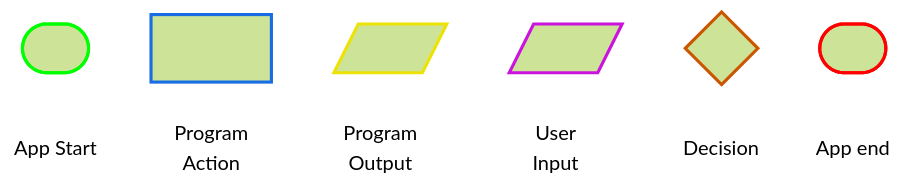
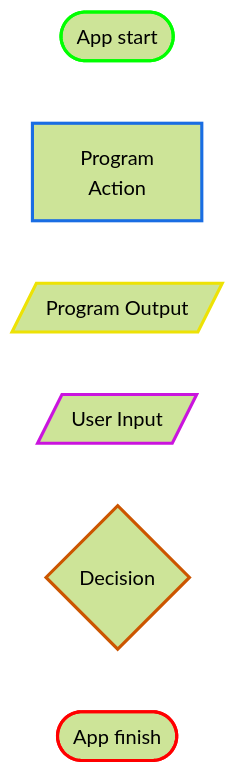
The second of 2 diagrams in README.md (trbaxter/battleship-game), drawn with Mermaid (forest theme) before and after one commit. The commit also changed other lines of this file, not shown here.

Commit message:
Set design diagram top-down for readability

````diff
--- a/README.md
+++ b/README.md
@@ -79,31 +78,22 @@
 ```mermaid
 
-flowchart LR
+flowchart TD
 
 %% Diagram Legend Shapes %%    
-    L1(["&emsp; &emsp;"]):::start
-    L2["&emsp; &emsp; &nbsp "]:::action
-    L3[/"&emsp; &emsp; &nbsp "/]:::output
-    L4[/"&emsp; &emsp; &nbsp"/]:::input
-    L5{"&nbsp"}:::decision
-    L6(["&emsp; &emsp;"]):::finish
-%% Null Spaces for Shape Labels %%        
-    null[&nbsp]:::empty
-    null2[&nbsp]:::empty
-    null3[&nbsp]:::empty
-    null4[&nbsp]:::empty
-    null5[&nbsp]:::empty
-    null6[&nbsp]:::empty
+    L1([" App start  "]):::start
+    L2["&nbsp Program &nbsp \n Action "]:::action
+    L3[/" Program Output "/]:::output
+    L4[/" User Input "/]:::input
+    L5{"Decision"}:::decision
+    L6([" App finish "]):::finish
 %% Links %%        
     L1 ~~~ L2 ~~~ L3 ~~~ L4 ~~~ L5 ~~~ L6
-    null["App Start"] ~~~ null2["Program\nAction"] ~~~ null3["Program &emsp; \n Output &emsp;"]
-    null3 ~~~ null4["User &nbsp &nbsp\n Input &nbsp &nbsp"] ~~~ null5["Decision"] ~~~ null6[App end]
 %% Class Colors %%
     classDef start stroke: #0f0, stroke-width: 2.5px;
     classDef finish stroke: #f00, stroke-width: 2.5px;
     classDef decision stroke: #cc5500, stroke-width: 2.5px;
     classDef action stroke: #196de3, stroke-width: 2.5px;
     classDef input stroke: #ca14de, stroke-width: 2.5px;
     classDef output stroke: #ede205 , stroke-width: 2.5px;
     classDef empty width: 0px, height: 0px;
 ```
````
